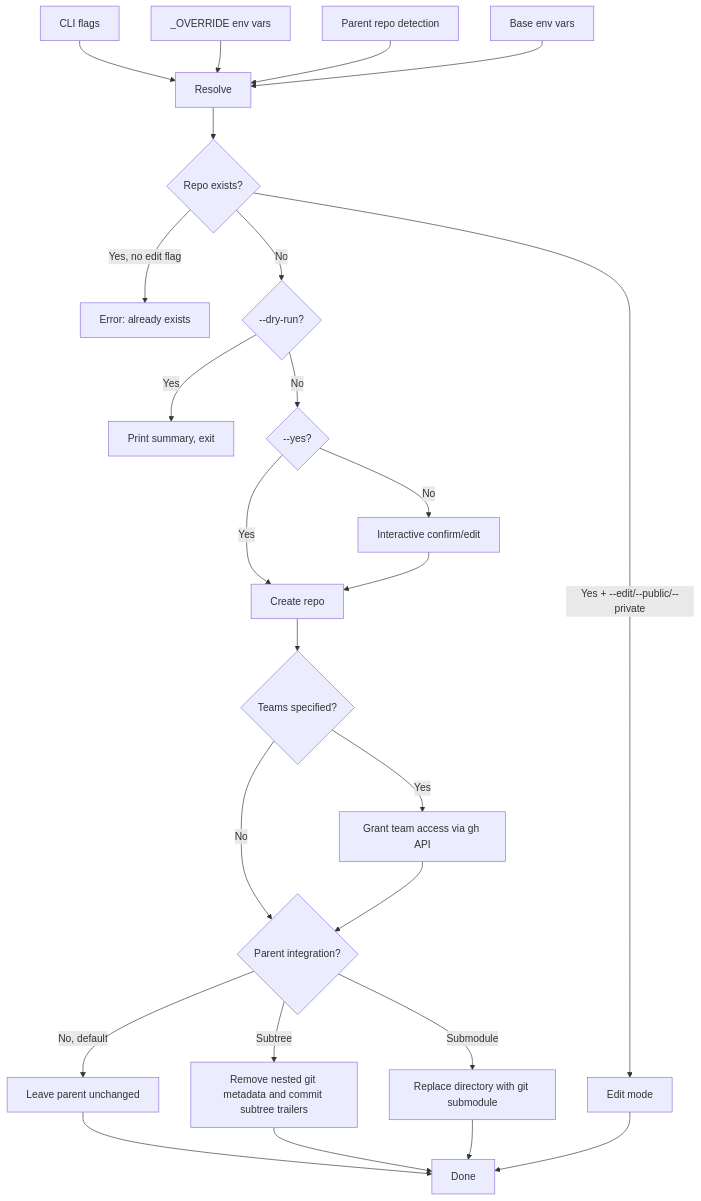
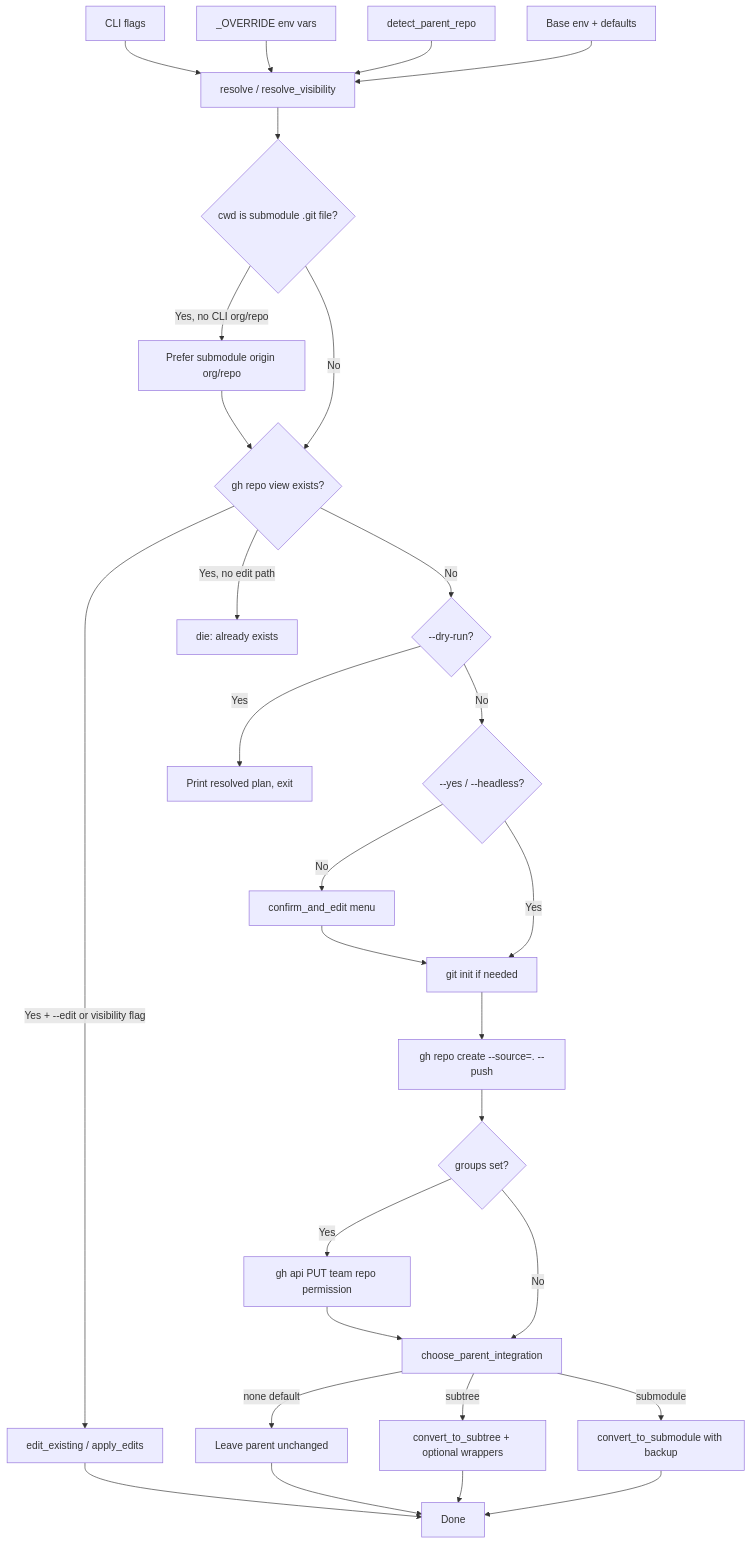
Before and after one commit to the-robot-lives/make-repo: the first of 2 diagrams in docs/PROJ-ARCH.md, drawn with Mermaid. The commit also changed other lines of this file and 1 other file, not shown here.

First line of the commit message:
docs: refresh PROJ-ARCH overview and summary

````diff
--- a/docs/PROJ-ARCH.md
+++ b/docs/PROJ-ARCH.md
@@ -11,27 +16,32 @@
 ```mermaid
 graph TD
-    A[CLI flags] --> E[Resolve]
-    B[_OVERRIDE env vars] --> E
-    C[Parent repo detection] --> E
-    D[Base env vars] --> E
-    E --> F{Repo exists?}
-    F -->|Yes + --edit/--public/--private| G[Edit mode]
-    F -->|Yes, no edit flag| H[Error: already exists]
+    A[CLI flags] --> E[resolve / resolve_visibility]
+    B["_OVERRIDE env vars"] --> E
+    C[detect_parent_repo] --> E
+    D[Base env + defaults] --> E
+    E --> S{cwd is submodule .git file?}
+    S -->|Yes, no CLI org/repo| S2[Prefer submodule origin org/repo]
+    S -->|No| F
+    S2 --> F
+    F{gh repo view exists?}
+    F -->|Yes + --edit or visibility flag| G[edit_existing / apply_edits]
+    F -->|Yes, no edit path| H[die: already exists]
     F -->|No| I{--dry-run?}
-    I -->|Yes| J[Print summary, exit]
-    I -->|No| K{--yes?}
-    K -->|No| L[Interactive confirm/edit]
-    K -->|Yes| M[Create repo]
+    I -->|Yes| J[Print resolved plan, exit]
+    I -->|No| K{--yes / --headless?}
+    K -->|No| L[confirm_and_edit menu]
+    K -->|Yes| M[git init if needed]
     L --> M
-    M --> N{Teams specified?}
-    N -->|Yes| O[Grant team access via gh API]
-    N -->|No| P{Parent integration?}
-    O --> P
-    P -->|No, default| Q[Leave parent unchanged]
-    P -->|Subtree| R[Remove nested git metadata and commit subtree trailers]
-    P -->|Submodule| S[Replace directory with git submodule]
-    Q --> T[Done]
-    R --> T
-    S --> T
-    G --> T
+    M --> N["gh repo create --source=. --push"]
+    N --> O{groups set?}
+    O -->|Yes| P["gh api PUT team repo permission"]
+    O -->|No| Q
+    P --> Q[choose_parent_integration]
+    Q -->|none default| R[Leave parent unchanged]
+    Q -->|subtree| T[convert_to_subtree + optional wrappers]
+    Q -->|submodule| U[convert_to_submodule with backup]
+    G --> Z[Done]
+    R --> Z
+    T --> Z
+    U --> Z
 ```
````
